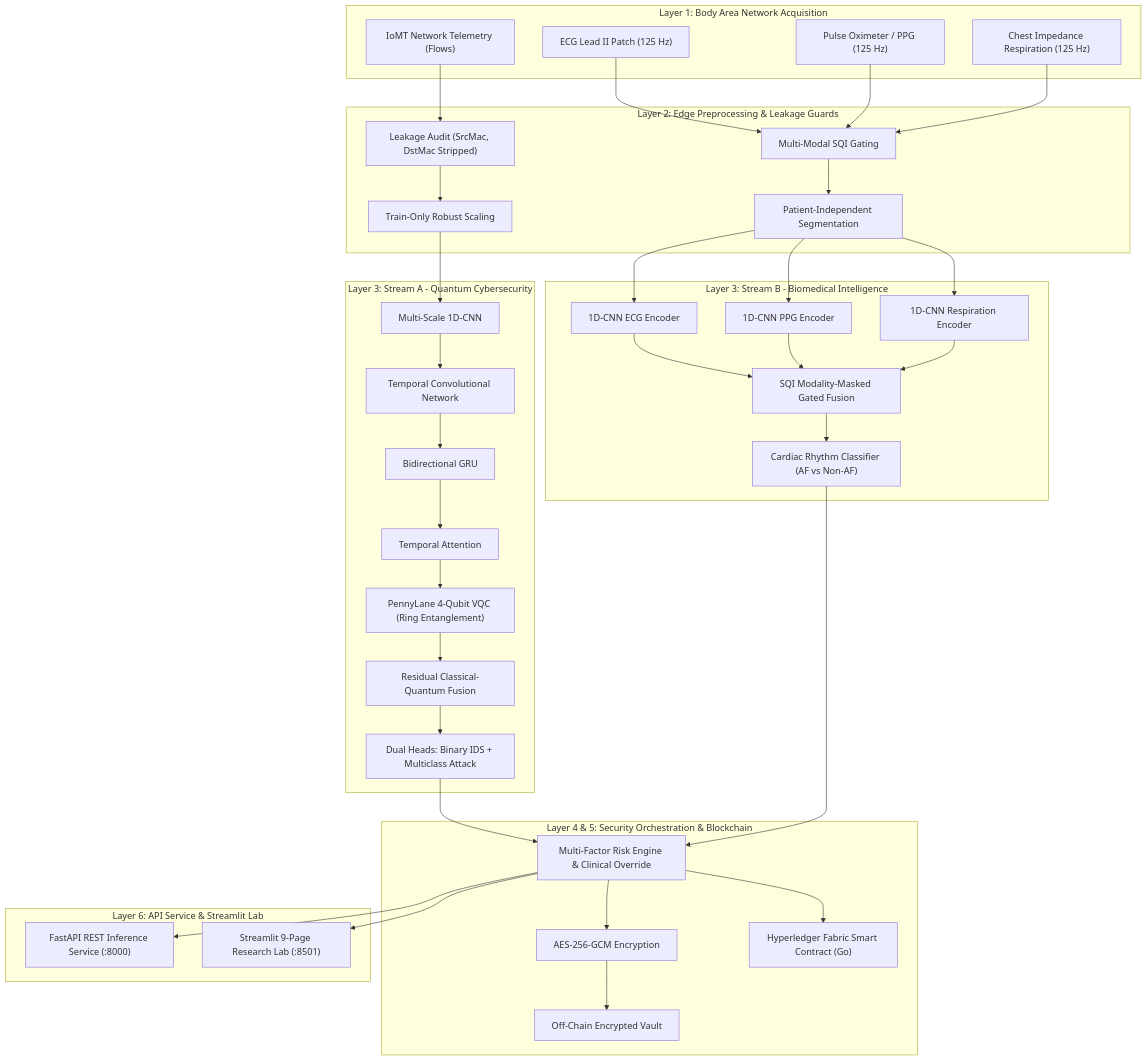
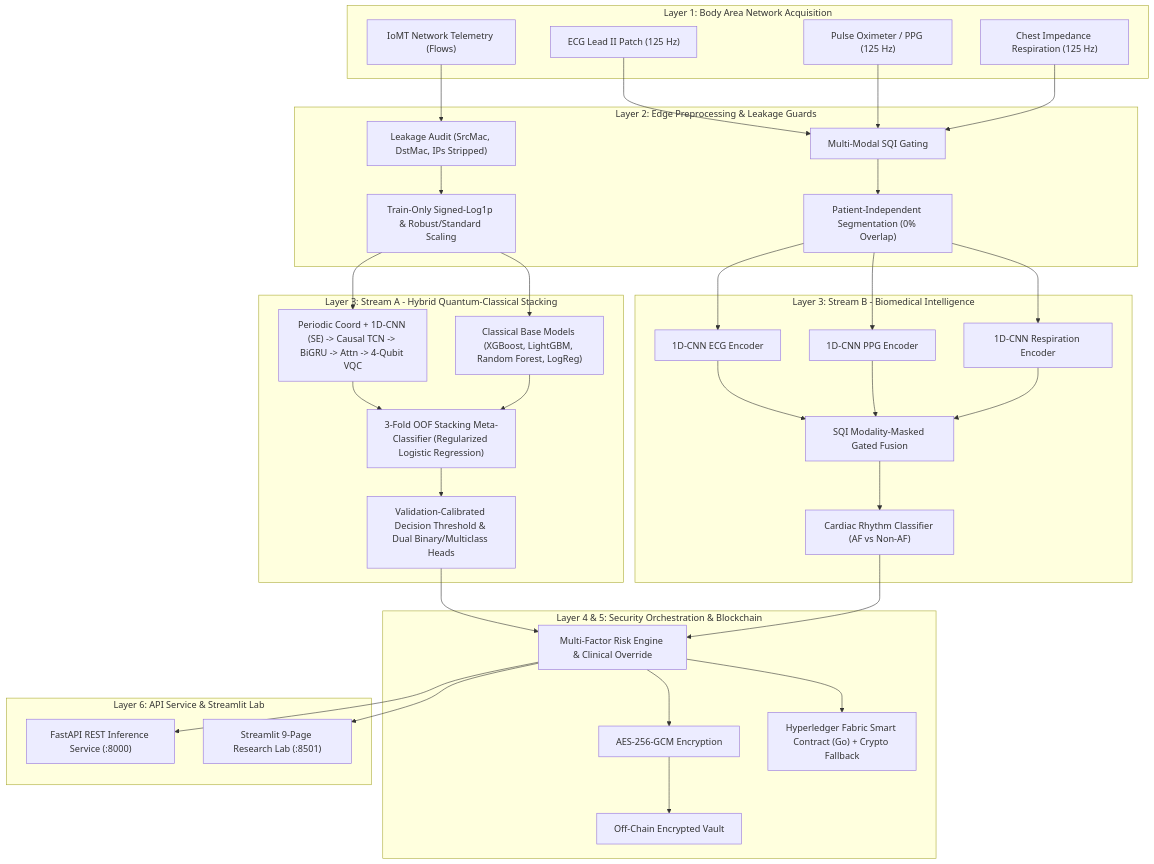
The diagram in README.md (anandrajawat/DQH-BAN), drawn with Mermaid before and after one commit. The commit also changed other lines of this file and 58 other files, not shown here.

````diff
--- a/README.md
+++ b/README.md
@@ -27,53 +27,50 @@
 ```mermaid
 flowchart TD
     subgraph BAN_Sensors ["Layer 1: Body Area Network Acquisition"]
         ECG["ECG Lead II Patch (125 Hz)"]
         PPG["Pulse Oximeter / PPG (125 Hz)"]
         RESP["Chest Impedance Respiration (125 Hz)"]
         NET["IoMT Network Telemetry (Flows)"]
     end
 
     subgraph Preprocessing ["Layer 2: Edge Preprocessing & Leakage Guards"]
-        CLEAN["Leakage Audit (SrcMac, DstMac Stripped)"]
-        NORM["Train-Only Robust Scaling"]
+        CLEAN["Leakage Audit (SrcMac, DstMac, IPs Stripped)"]
+        NORM["Train-Only Signed-Log1p & Robust/Standard Scaling"]
         SQI["Multi-Modal SQI Gating"]
-        SEG["Patient-Independent Segmentation"]
+        SEG["Patient-Independent Segmentation (0% Overlap)"]
     end
 
-    subgraph Stream_A ["Layer 3: Stream A - Quantum Cybersecurity"]
-        CNN["Multi-Scale 1D-CNN"]
-        TCN["Temporal Convolutional Network"]
-        BIGRU["Bidirectional GRU"]
-        ATTN["Temporal Attention"]
-        VQC["PennyLane 4-Qubit VQC (Ring Entanglement)"]
-        FUS_A["Residual Classical-Quantum Fusion"]
-        HEAD_A["Dual Heads: Binary IDS + Multiclass Attack"]
+    subgraph Stream_A ["Layer 3: Stream A - Hybrid Quantum-Classical Stacking"]
+        DL_Q["Periodic Coord + 1D-CNN (SE) -> Causal TCN -> BiGRU -> Attn -> 4-Qubit VQC"]
+        CLS["Classical Base Models (XGBoost, LightGBM, Random Forest, LogReg)"]
+        META["3-Fold OOF Stacking Meta-Classifier (Regularized Logistic Regression)"]
+        HEAD_A["Validation-Calibrated Decision Threshold & Dual Binary/Multiclass Heads"]
     end
 
     subgraph Stream_B ["Layer 3: Stream B - Biomedical Intelligence"]
         ENC_E["1D-CNN ECG Encoder"]
         ENC_P["1D-CNN PPG Encoder"]
         ENC_R["1D-CNN Respiration Encoder"]
         MASK["SQI Modality-Masked Gated Fusion"]
         HEAD_B["Cardiac Rhythm Classifier (AF vs Non-AF)"]
     end
 
     subgraph Orchestration ["Layer 4 & 5: Security Orchestration & Blockchain"]
         ORCH["Multi-Factor Risk Engine & Clinical Override"]
         AES["AES-256-GCM Encryption"]
         VAULT["Off-Chain Encrypted Vault"]
-        FABRIC["Hyperledger Fabric Smart Contract (Go)"]
+        FABRIC["Hyperledger Fabric Smart Contract (Go) + Crypto Fallback"]
     end
 
     subgraph Delivery ["Layer 6: API Service & Streamlit Lab"]
         FASTAPI["FastAPI REST Inference Service (:8000)"]
         ST["Streamlit 9-Page Research Lab (:8501)"]
     end
 
-    NET --> CLEAN --> NORM --> CNN --> TCN --> BIGRU --> ATTN --> VQC --> FUS_A --> HEAD_A
+    NET --> CLEAN --> NORM --> DL_Q & CLS --> META --> HEAD_A
     ECG & PPG & RESP --> SQI --> SEG --> ENC_E & ENC_P & ENC_R --> MASK --> HEAD_B
     HEAD_A & HEAD_B --> ORCH
     ORCH --> AES --> VAULT
     ORCH --> FABRIC
     ORCH --> FASTAPI & ST
 ```
````
